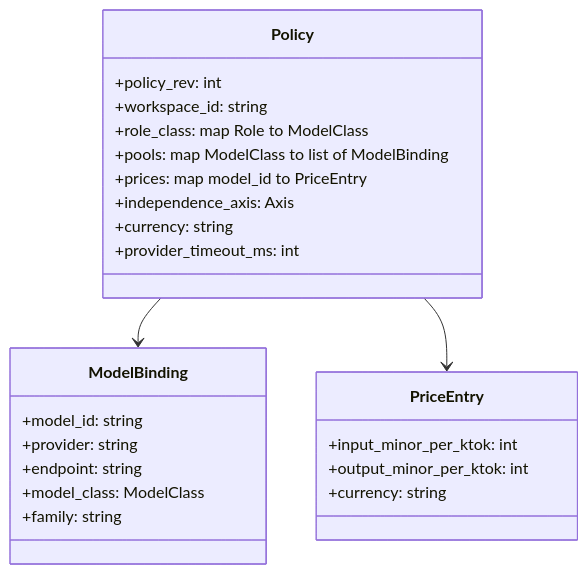
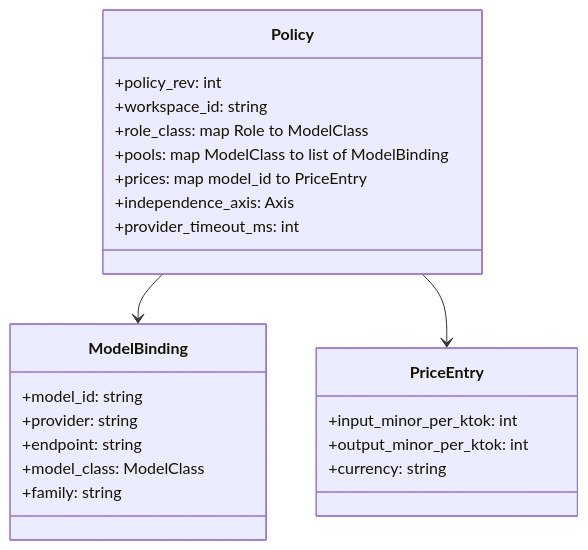
One commit to febufenn-cyber/drawing-office-v2 changed the second of 8 diagrams in designs/model-router/LLD.md. Above: the diagram before and after it, drawn with Mermaid. The commit also changed other lines of this file and 6 other files, not shown here.

````diff
--- a/designs/model-router/LLD.md
+++ b/designs/model-router/LLD.md
@@ -68,27 +69,26 @@
 ```mermaid
 classDiagram
     class Policy {
         +policy_rev: int
         +workspace_id: string
         +role_class: map Role to ModelClass
         +pools: map ModelClass to list of ModelBinding
         +prices: map model_id to PriceEntry
         +independence_axis: Axis
-        +currency: string
         +provider_timeout_ms: int
     }
     class ModelBinding {
         +model_id: string
         +provider: string
         +endpoint: string
         +model_class: ModelClass
         +family: string
     }
     class PriceEntry {
         +input_minor_per_ktok: int
         +output_minor_per_ktok: int
         +currency: string
     }
     Policy --> ModelBinding
     Policy --> PriceEntry
 ```
````
